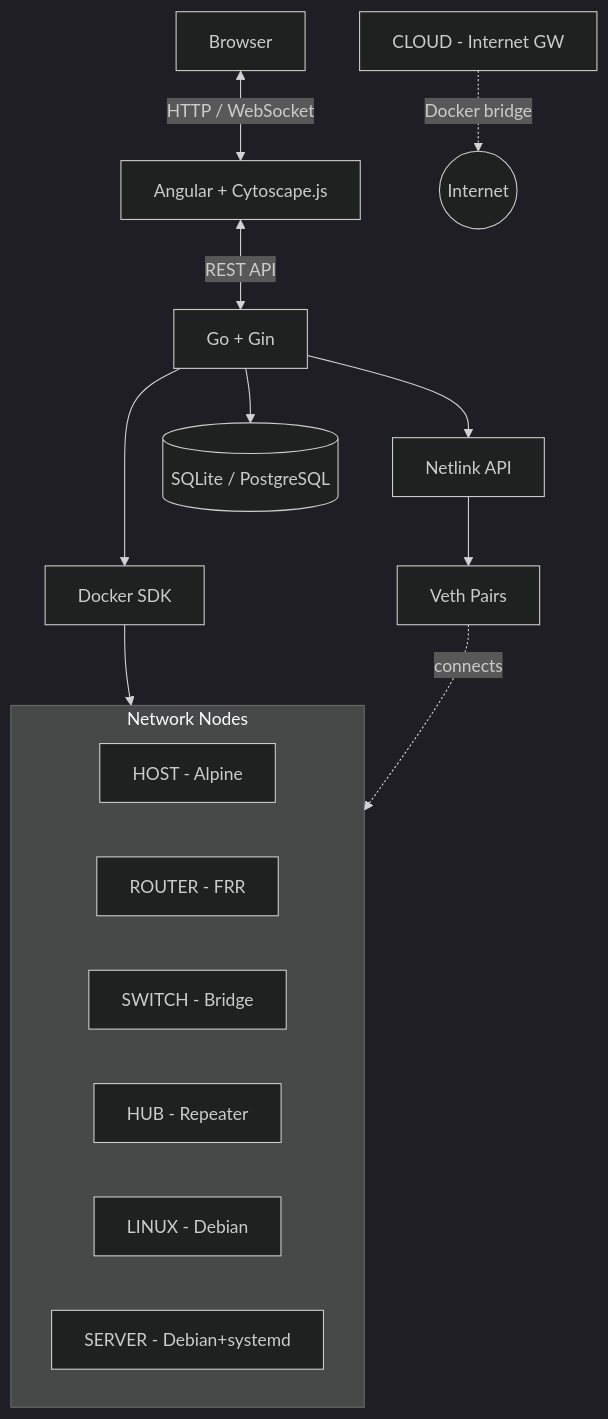
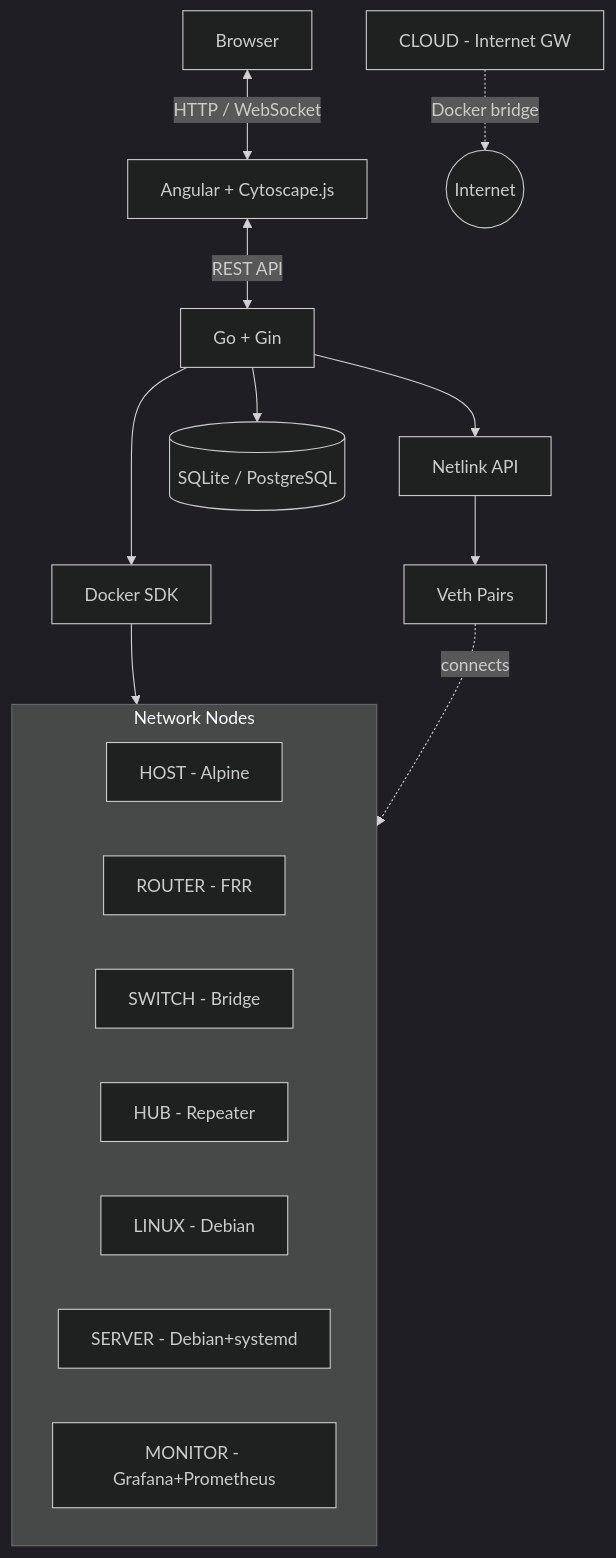
The diagram in README.md (RArielVillalobos/open-veth), drawn with Mermaid (dark theme) before and after one commit. The commit also changed other lines of this file and 20 other files, not shown here.

Commit message:
feat: add Monitor node with Grafana, Prometheus and snmp_exporter (#25)

````diff
--- a/README.md
+++ b/README.md
@@ -168,25 +170,26 @@
 ```mermaid
 graph TD
     Browser[Browser] <-->|HTTP / WebSocket| Frontend[Angular + Cytoscape.js]
     Frontend <-->|REST API| Backend[Go + Gin]
 
     Backend --> Docker[Docker SDK]
     Backend --> Netlink[Netlink API]
     Backend --> DB[(SQLite / PostgreSQL)]
 
     Docker --> Containers
     Netlink --> Veth[Veth Pairs]
 
     subgraph Containers [Network Nodes]
         H[HOST - Alpine]
         R[ROUTER - FRR]
         S[SWITCH - Bridge]
         HB[HUB - Repeater]
         L[LINUX - Debian]
         SRV[SERVER - Debian+systemd]
+        MON[MONITOR - Grafana+Prometheus]
     end
 
     Veth -.->|connects| Containers
 
     C[CLOUD - Internet GW] -.->|Docker bridge| Internet((Internet))
 ```
````
